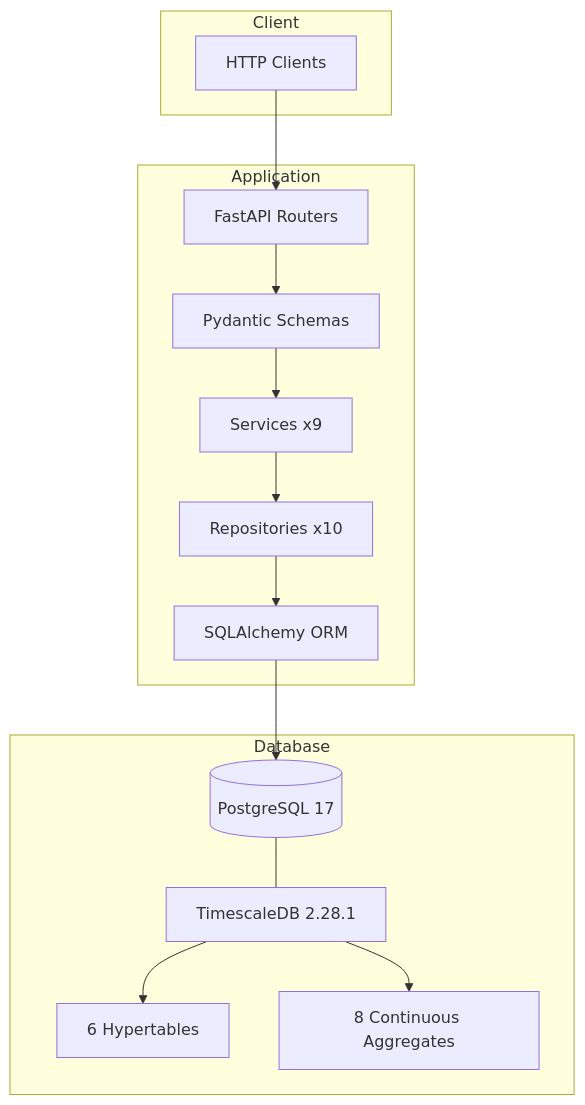
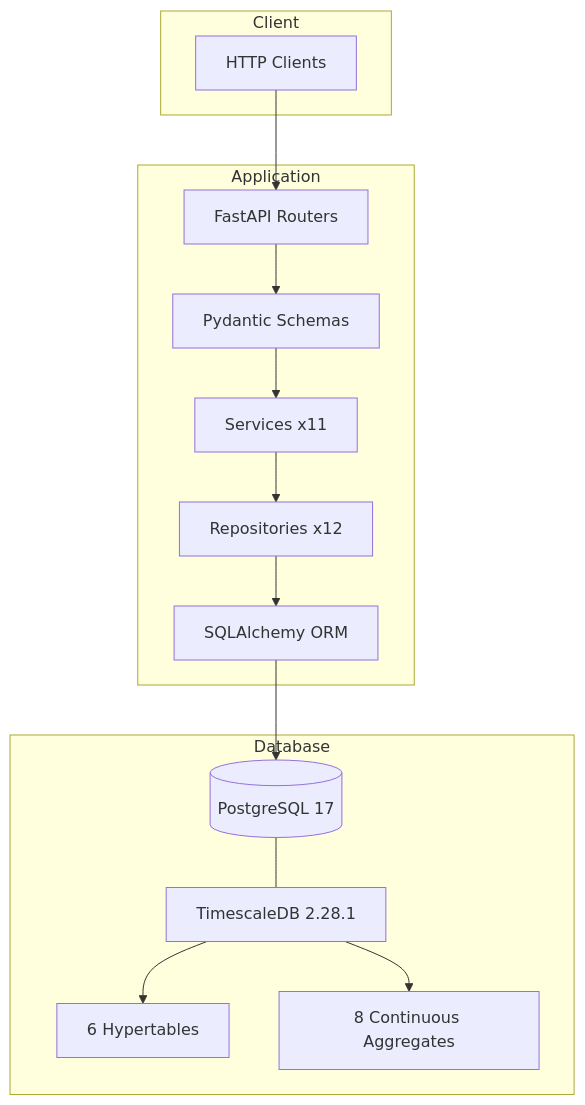
Before and after one commit to santoshnarayanan/AGRIFLOW-AI: the first of 3 diagrams in docs/reference/architecture-implementation-history.md, drawn with Mermaid. The commit also changed other lines of this file and 9 other files, not shown here.

````diff
--- a/docs/reference/architecture-implementation-history.md
+++ b/docs/reference/architecture-implementation-history.md
@@ -1076,23 +1214,23 @@
 ```mermaid
 flowchart TB
     subgraph Client
         HTTP[HTTP Clients]
     end
     subgraph Application
         API[FastAPI Routers]
         SCH[Pydantic Schemas]
-        SVC[Services x9]
-        REPO[Repositories x10]
+        SVC[Services x11]
+        REPO[Repositories x12]
         ORM[SQLAlchemy ORM]
     end
     subgraph Database
         PG[(PostgreSQL 17)]
         TS[TimescaleDB 2.28.1]
         HT[6 Hypertables]
         CA[8 Continuous Aggregates]
     end
     HTTP --> API --> SCH --> SVC --> REPO --> ORM --> PG
     PG --- TS
     TS --> HT
     TS --> CA
 ```
````
